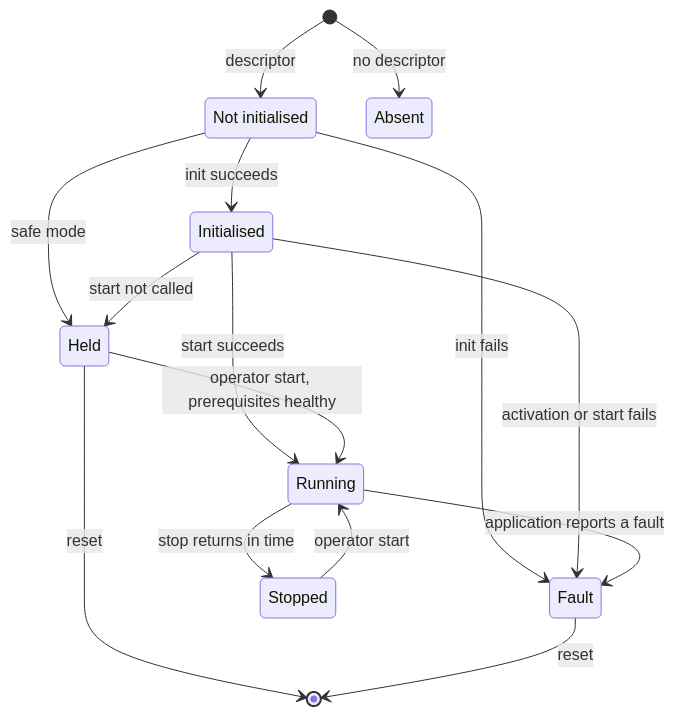
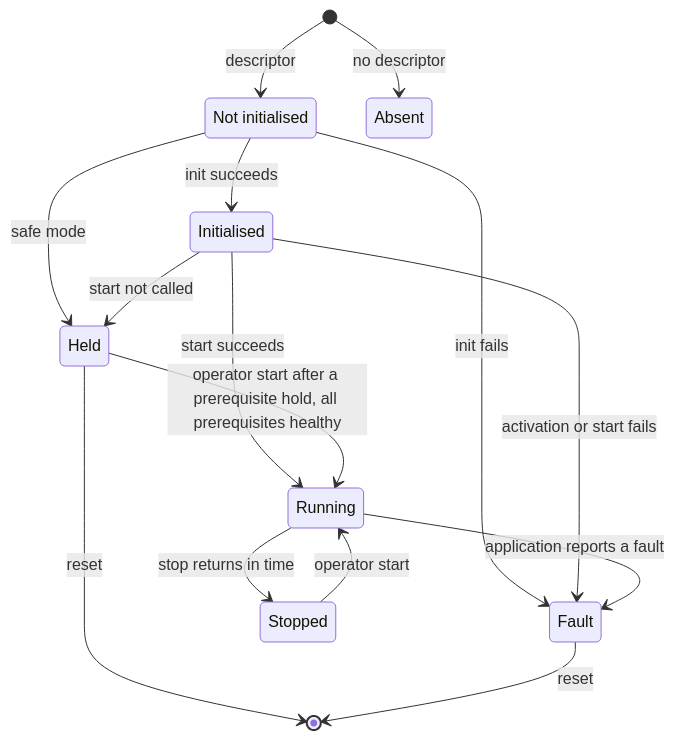
Before and after one commit to wonny-labs/crux-controller: the third of 4 diagrams in docs/design/controller-framework.md, drawn with Mermaid. The commit also changed other lines of this file and 1 other file, not shown here.

````diff
--- a/docs/design/controller-framework.md
+++ b/docs/design/controller-framework.md
@@ -136,18 +141,18 @@
 ```mermaid
 stateDiagram-v2
     state "Not initialised" as NotInit
     [*] --> Absent: no descriptor
     [*] --> NotInit: descriptor
     NotInit --> Initialised: init succeeds
     NotInit --> Fault: init fails
     NotInit --> Held: safe mode
     Initialised --> Running: start succeeds
     Initialised --> Fault: activation or start fails
     Initialised --> Held: start not called
-    Held --> Running: operator start, prerequisites healthy
+    Held --> Running: operator start after a prerequisite hold, all prerequisites healthy
     Running --> Stopped: stop returns in time
     Running --> Fault: application reports a fault
     Stopped --> Running: operator start
     Held --> [*]: reset
     Fault --> [*]: reset
 ```
````
